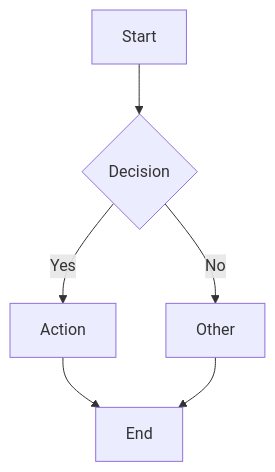
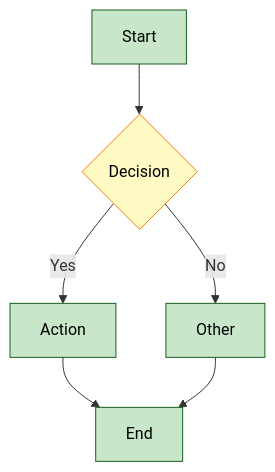
One commit to elm-inc/agent-rules changed the sixth of 8 diagrams in templates/docs/architecture/cheatsheet.md. Above: the diagram before and after it, drawn with Mermaid. The commit also changed other lines of this file and 1 other file, not shown here.

````diff
--- a/templates/docs/architecture/cheatsheet.md
+++ b/templates/docs/architecture/cheatsheet.md
@@ -81,8 +122,12 @@
 ```mermaid
+%%{init: {'theme':'default'}}%%
 flowchart TD
-    A[Start] --> B{Decision}
-    B -->|Yes| C[Action]
-    B -->|No| D[Other]
-    C --> E[End]
+    classDef step fill:#C8E6C9,stroke:#1B5E20,color:#000
+    classDef decision fill:#FFF9C4,stroke:#F57F17,color:#000
+
+    A["Start"]:::step --> B{"Decision"}:::decision
+    B -->|"Yes"| C["Action"]:::step
+    B -->|"No"| D["Other"]:::step
+    C --> E["End"]:::step
     D --> E
 ```
````
